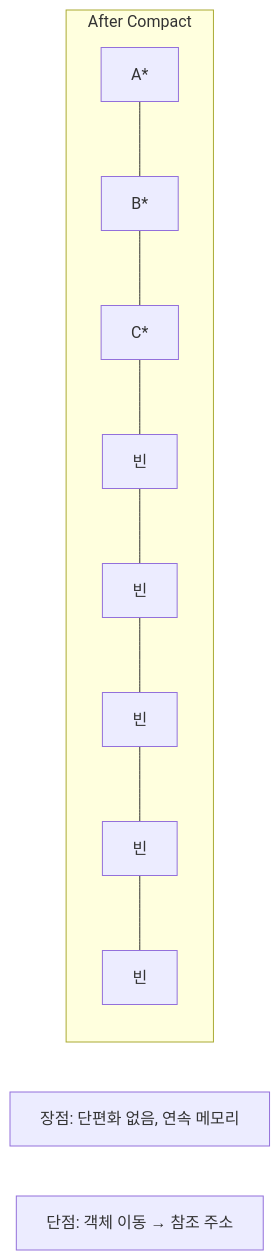
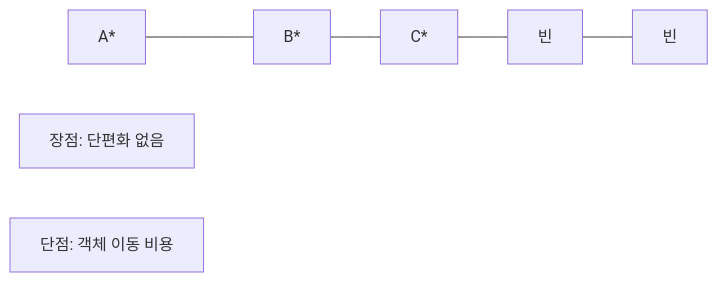
Before and after one commit to yjkim2015/yjkim2015.github.io: the fourth of 29 diagrams in _posts/java/2026-05-01-java-garbage-collector.md, drawn with Mermaid. The commit also changed other lines of this file and 155 other files, not shown here.

First line of the commit message:
Mermaid 전면 수정: subgraph 제거, participant/노드/줄수 축소 (342블록)

````diff
--- a/_posts/java/2026-05-01-java-garbage-collector.md
+++ b/_posts/java/2026-05-01-java-garbage-collector.md
@@ -93,8 +93,6 @@
 ```mermaid
 graph LR
-    subgraph "After Compact"
-        U1["A*"] --- U2["B*"] --- U3["C*"] --- F1["빈"] --- F2["빈"] --- F3["빈"] --- F4["빈"] --- F5["빈"]
-    end
-    PRO["장점: 단편화 없음, 연속 메모리"]
-    CON["단점: 객체 이동 → 참조 주소"]
+    U1["A*"] --- U2["B*"] --- U3["C*"] --- F1["빈"] --- F2["빈"]
+    PRO["장점: 단편화 없음"]
+    CON["단점: 객체 이동 비용"]
 ```
````
